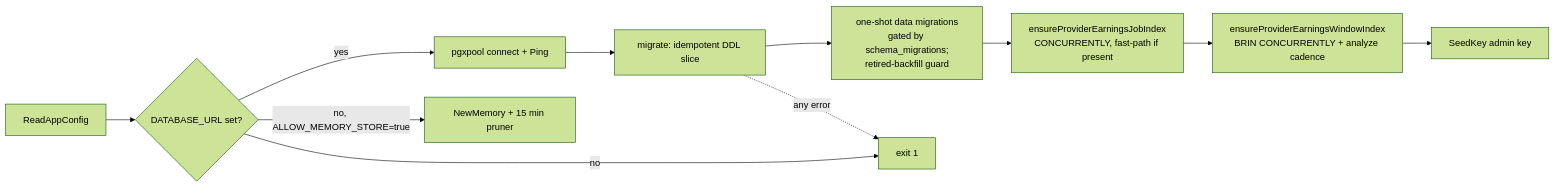
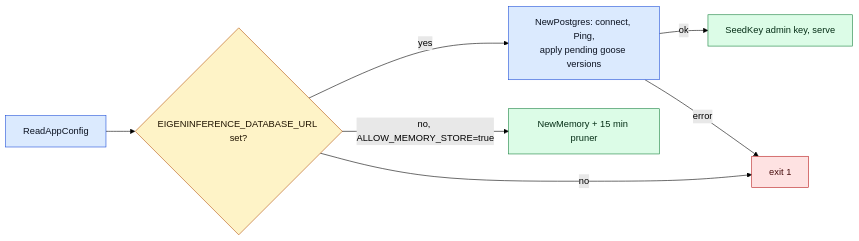
Before and after one commit to Layr-Labs/d-inference: the diagram in docs/architecture/storage.md, drawn with Mermaid (forest theme). The commit also changed other lines of this file and 74 other files, not shown here.

First line of the commit message:
Apply the coordinator schema as goose migrations (#1328)

````diff
--- a/docs/architecture/storage.md
+++ b/docs/architecture/storage.md
@@ -293,13 +210,13 @@
 ```mermaid
 flowchart LR
-  A[ReadAppConfig] --> B{DATABASE_URL set?}
-  B -- yes --> C[pgxpool connect + Ping]
-  C --> D[migrate: idempotent DDL slice]
-  D --> E[one-shot data migrations\ngated by schema_migrations;\nretired-backfill guard]
-  E --> F[ensureProviderEarningsJobIndex\nCONCURRENTLY, fast-path if present]
-  F --> F2[ensureProviderEarningsWindowIndex\nBRIN CONCURRENTLY + analyze cadence]
-  F2 --> G[SeedKey admin key]
-  B -- no, ALLOW_MEMORY_STORE=true --> H[NewMemory + 15 min pruner]
-  B -- no --> X[exit 1]
-  D -. any error .-> X
+  classDef step fill:#dbeafe,stroke:#1d4ed8,color:#0b1220
+  classDef check fill:#fef3c7,stroke:#b45309,color:#1f1300
+  classDef ok fill:#dcfce7,stroke:#15803d,color:#052e16
+  classDef fail fill:#fee2e2,stroke:#b91c1c,color:#450a0a
+  A["ReadAppConfig"]:::step --> B{"EIGENINFERENCE_DATABASE_URL set?"}:::check
+  B -- "yes" --> C["NewPostgres: connect, Ping,<br/>apply pending goose versions"]:::step
+  C -- "ok" --> G["SeedKey admin key, serve"]:::ok
+  C -- "error" --> X["exit 1"]:::fail
+  B -- "no, ALLOW_MEMORY_STORE=true" --> H["NewMemory + 15 min pruner"]:::ok
+  B -- "no" --> X
 ```
````
